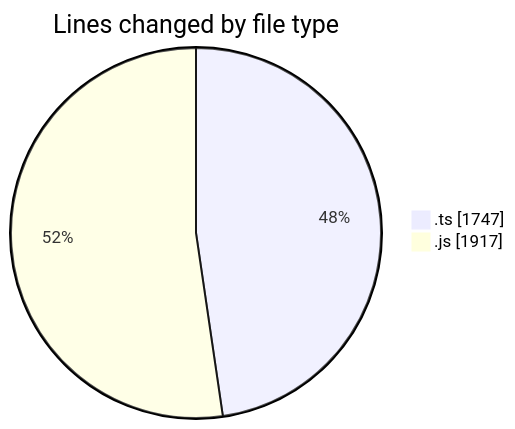
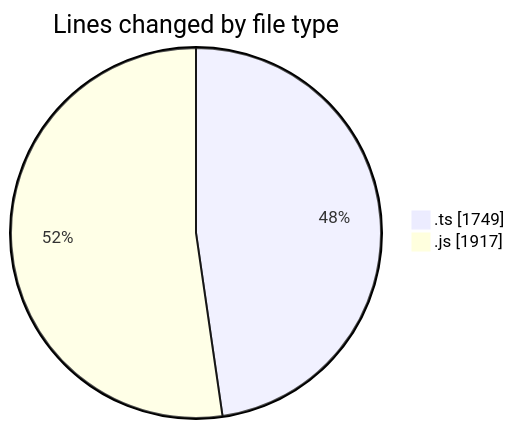
The first of 2 diagrams in 2025-07-29/cda/README.md (momahboobian/code-tracking), drawn with Mermaid before and after one commit. The commit also changed other lines of this file and 1 other file, not shown here.

````diff
--- a/2025-07-29/cda/README.md
+++ b/2025-07-29/cda/README.md
@@ -24,6 +24,6 @@
 ```mermaid
 pie showData
 title Lines changed by file type
-".ts" : 1747
+".ts" : 1749
 ".js" : 1917
 ```
````
